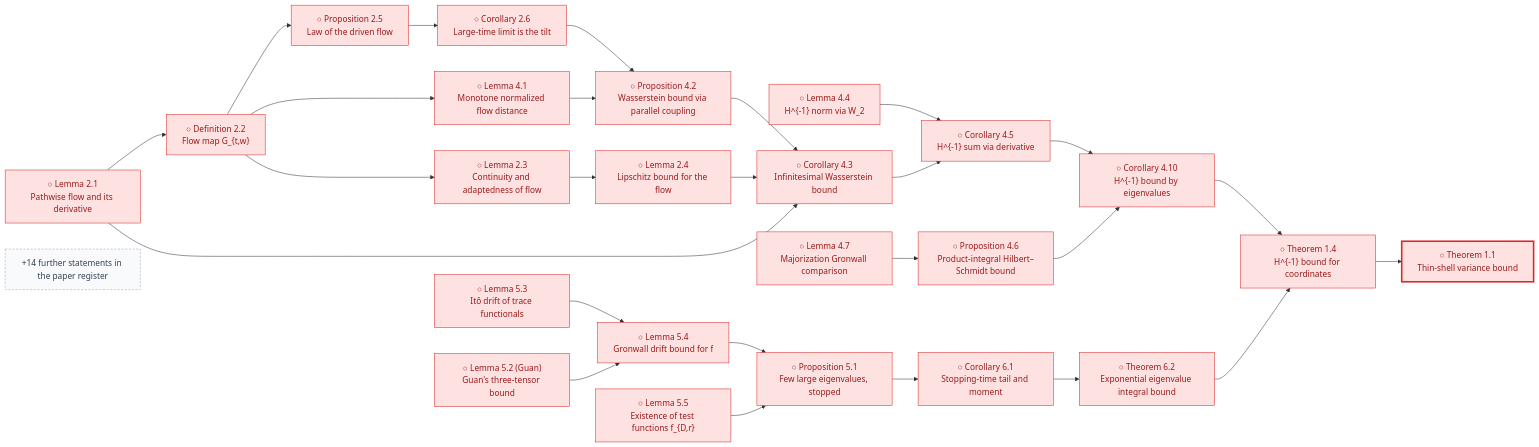
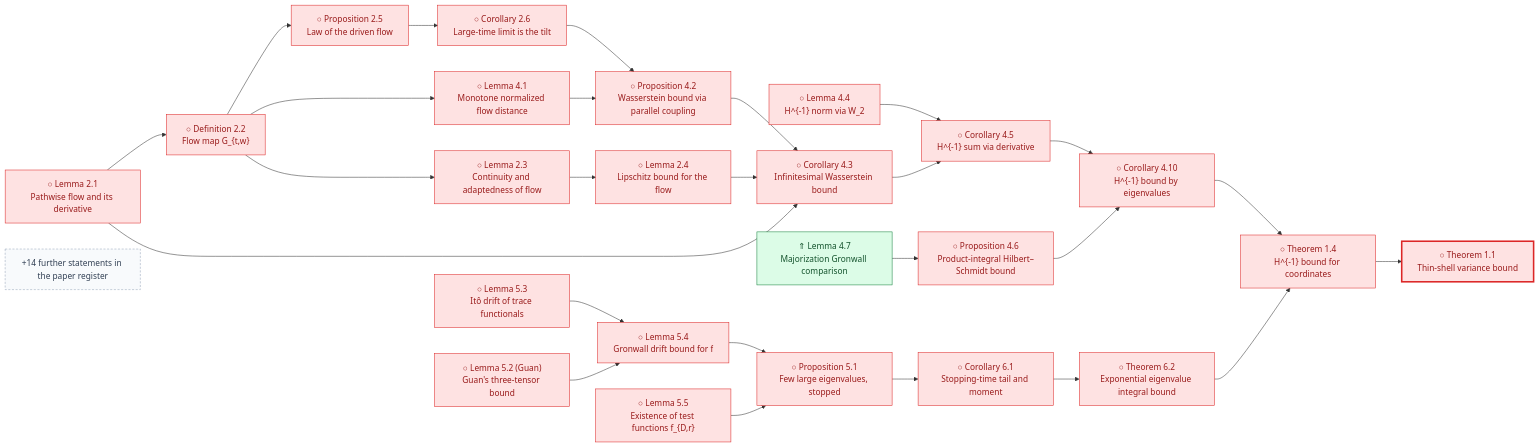
Diagram 20 of 24 in research/progress/README.md (human-ai-mathematics/kls-lean), drawn with Mermaid before and after one commit. The commit also changed other lines of this file and 10 other files, not shown here.

````diff
--- a/research/progress/README.md
+++ b/research/progress/README.md
@@ -985,57 +985,59 @@
 ```mermaid
 flowchart LR
     KlartagLehecThin2025_T11["○ Theorem 1.1<br/>Thin-shell variance bound"]
     KlartagLehecThin2025_T14["○ Theorem 1.4<br/>H^{-1} bound for coordinates"]
     KlartagLehecThin2025_L21["○ Lemma 2.1<br/>Pathwise flow and its derivative"]
     KlartagLehecThin2025_D22["○ Definition 2.2<br/>Flow map G_{t,w}"]
     KlartagLehecThin2025_L23["○ Lemma 2.3<br/>Continuity and adaptedness of flow"]
     KlartagLehecThin2025_L24["○ Lemma 2.4<br/>Lipschitz bound for the flow"]
     KlartagLehecThin2025_P25["○ Proposition 2.5<br/>Law of the driven flow"]
     KlartagLehecThin2025_C26["○ Corollary 2.6<br/>Large-time limit is the tilt"]
     KlartagLehecThin2025_L41["○ Lemma 4.1<br/>Monotone normalized flow distance"]
     KlartagLehecThin2025_P42["○ Proposition 4.2<br/>Wasserstein bound via parallel coupling"]
     KlartagLehecThin2025_C43["○ Corollary 4.3<br/>Infinitesimal Wasserstein bound"]
     KlartagLehecThin2025_L44["○ Lemma 4.4<br/>H^{-1} norm via W_2"]
     KlartagLehecThin2025_C45["○ Corollary 4.5<br/>H^{-1} sum via derivative"]
     KlartagLehecThin2025_P46["○ Proposition 4.6<br/>Product-integral Hilbert–Schmidt bound"]
-    KlartagLehecThin2025_L47["○ Lemma 4.7<br/>Majorization Gronwall comparison"]
+    KlartagLehecThin2025_L47["⇑ Lemma 4.7<br/>Majorization Gronwall comparison"]
     KlartagLehecThin2025_C410["○ Corollary 4.10<br/>H^{-1} bound by eigenvalues"]
     KlartagLehecThin2025_P51["○ Proposition 5.1<br/>Few large eigenvalues, stopped"]
     KlartagLehecThin2025_L52["○ Lemma 5.2 (Guan)<br/>Guan's three-tensor bound"]
     KlartagLehecThin2025_L53["○ Lemma 5.3<br/>Itô drift of trace functionals"]
     KlartagLehecThin2025_L54["○ Lemma 5.4<br/>Gronwall drift bound for f"]
     KlartagLehecThin2025_L55["○ Lemma 5.5<br/>Existence of test functions f_{D,r}"]
     KlartagLehecThin2025_C61["○ Corollary 6.1<br/>Stopping-time tail and moment"]
     KlartagLehecThin2025_T62["○ Theorem 6.2<br/>Exponential eigenvalue integral bound"]
     KlartagLehecThin2025_T14 --> KlartagLehecThin2025_T11
     KlartagLehecThin2025_C410 --> KlartagLehecThin2025_T14
     KlartagLehecThin2025_T62 --> KlartagLehecThin2025_T14
     KlartagLehecThin2025_L21 --> KlartagLehecThin2025_D22
     KlartagLehecThin2025_D22 --> KlartagLehecThin2025_L23
     KlartagLehecThin2025_L23 --> KlartagLehecThin2025_L24
     KlartagLehecThin2025_D22 --> KlartagLehecThin2025_P25
     KlartagLehecThin2025_P25 --> KlartagLehecThin2025_C26
     KlartagLehecThin2025_D22 --> KlartagLehecThin2025_L41
     KlartagLehecThin2025_C26 --> KlartagLehecThin2025_P42
     KlartagLehecThin2025_L41 --> KlartagLehecThin2025_P42
     KlartagLehecThin2025_P42 --> KlartagLehecThin2025_C43
     KlartagLehecThin2025_L24 --> KlartagLehecThin2025_C43
     KlartagLehecThin2025_L21 --> KlartagLehecThin2025_C43
     KlartagLehecThin2025_L44 --> KlartagLehecThin2025_C45
     KlartagLehecThin2025_C43 --> KlartagLehecThin2025_C45
     KlartagLehecThin2025_L47 --> KlartagLehecThin2025_P46
     KlartagLehecThin2025_C45 --> KlartagLehecThin2025_C410
     KlartagLehecThin2025_P46 --> KlartagLehecThin2025_C410
     KlartagLehecThin2025_L54 --> KlartagLehecThin2025_P51
     KlartagLehecThin2025_L55 --> KlartagLehecThin2025_P51
     KlartagLehecThin2025_L53 --> KlartagLehecThin2025_L54
     KlartagLehecThin2025_L52 --> KlartagLehecThin2025_L54
     KlartagLehecThin2025_P51 --> KlartagLehecThin2025_C61
     KlartagLehecThin2025_C61 --> KlartagLehecThin2025_T62
     KlartagLehecThin2025_more["+14 further statements in the paper register"]
     classDef lemma_pending fill:#fee2e2,stroke:#dc2626,color:#991b1b;
-    class KlartagLehecThin2025_T11,KlartagLehecThin2025_T14,KlartagLehecThin2025_L21,KlartagLehecThin2025_D22,KlartagLehecThin2025_L23,KlartagLehecThin2025_L24,KlartagLehecThin2025_P25,KlartagLehecThin2025_C26,KlartagLehecThin2025_L41,KlartagLehecThin2025_P42,KlartagLehecThin2025_C43,KlartagLehecThin2025_L44,KlartagLehecThin2025_C45,KlartagLehecThin2025_P46,KlartagLehecThin2025_L47,KlartagLehecThin2025_C410,KlartagLehecThin2025_P51,KlartagLehecThin2025_L52,KlartagLehecThin2025_L53,KlartagLehecThin2025_L54,KlartagLehecThin2025_L55,KlartagLehecThin2025_C61,KlartagLehecThin2025_T62 lemma_pending;
+    class KlartagLehecThin2025_T11,KlartagLehecThin2025_T14,KlartagLehecThin2025_L21,KlartagLehecThin2025_D22,KlartagLehecThin2025_L23,KlartagLehecThin2025_L24,KlartagLehecThin2025_P25,KlartagLehecThin2025_C26,KlartagLehecThin2025_L41,KlartagLehecThin2025_P42,KlartagLehecThin2025_C43,KlartagLehecThin2025_L44,KlartagLehecThin2025_C45,KlartagLehecThin2025_P46,KlartagLehecThin2025_C410,KlartagLehecThin2025_P51,KlartagLehecThin2025_L52,KlartagLehecThin2025_L53,KlartagLehecThin2025_L54,KlartagLehecThin2025_L55,KlartagLehecThin2025_C61,KlartagLehecThin2025_T62 lemma_pending;
+    classDef lemma_improved fill:#dcfce7,stroke:#15803d,color:#14532d;
+    class KlartagLehecThin2025_L47 lemma_improved;
     style KlartagLehecThin2025_T11 stroke-width:3px
     classDef lemma_more fill:#f8fafc,stroke:#94a3b8,color:#334155,stroke-dasharray:4 3;
     class KlartagLehecThin2025_more lemma_more;
 ```
````
